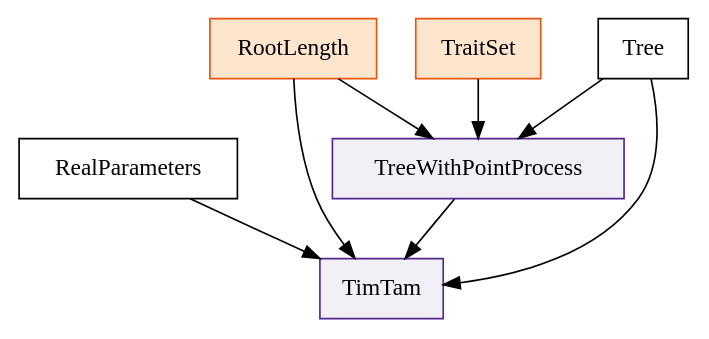
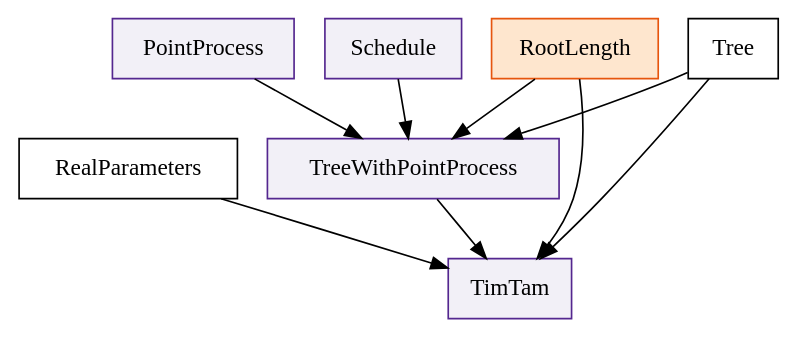
Before and after one commit to aezarebski/timtam2: the diagram in example-dag.dot, drawn with Graphviz. The commit also changed 10 other files, not shown here.

```diff
--- a/example-dag.dot
+++ b/example-dag.dot
@@ -1,28 +1,33 @@
 digraph G {
   TimTam [shape=box,
           style=filled,
           color="#54278f",
           fillcolor="#f2f0f7"];
   RealParameters [shape=box];
   TreeWithPointProcess [shape=box,
                         style=filled,
                         color="#54278f",
                         fillcolor="#f2f0f7"];
-  TraitSet [shape=box,
+  PointProcess [shape=box,
+                style=filled,
+                color="#54278f",
+                fillcolor="#f2f0f7"];
+  Schedule [shape=box,
             style=filled,
-            color="#e6550d",
-            fillcolor="#fee6ce"];
+            color="#54278f",
+            fillcolor="#f2f0f7"];
   RootLength [shape=box,
               style=filled,
               color="#e6550d",
               fillcolor="#fee6ce"];
   Tree [shape=box];
 
   RootLength -> TimTam;
   RootLength -> TreeWithPointProcess;
-  TraitSet -> TreeWithPointProcess;
+  PointProcess -> TreeWithPointProcess;
+  Schedule -> TreeWithPointProcess;
   TreeWithPointProcess -> TimTam;
   RealParameters -> TimTam;
   Tree -> TreeWithPointProcess;
   Tree -> TimTam;
 }
```
